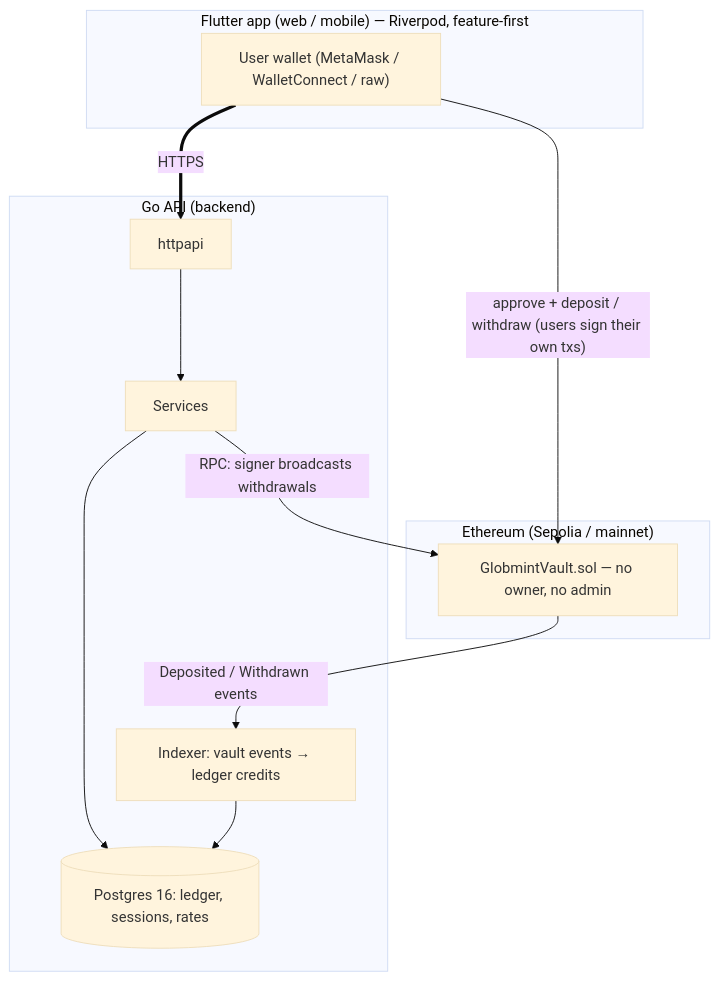
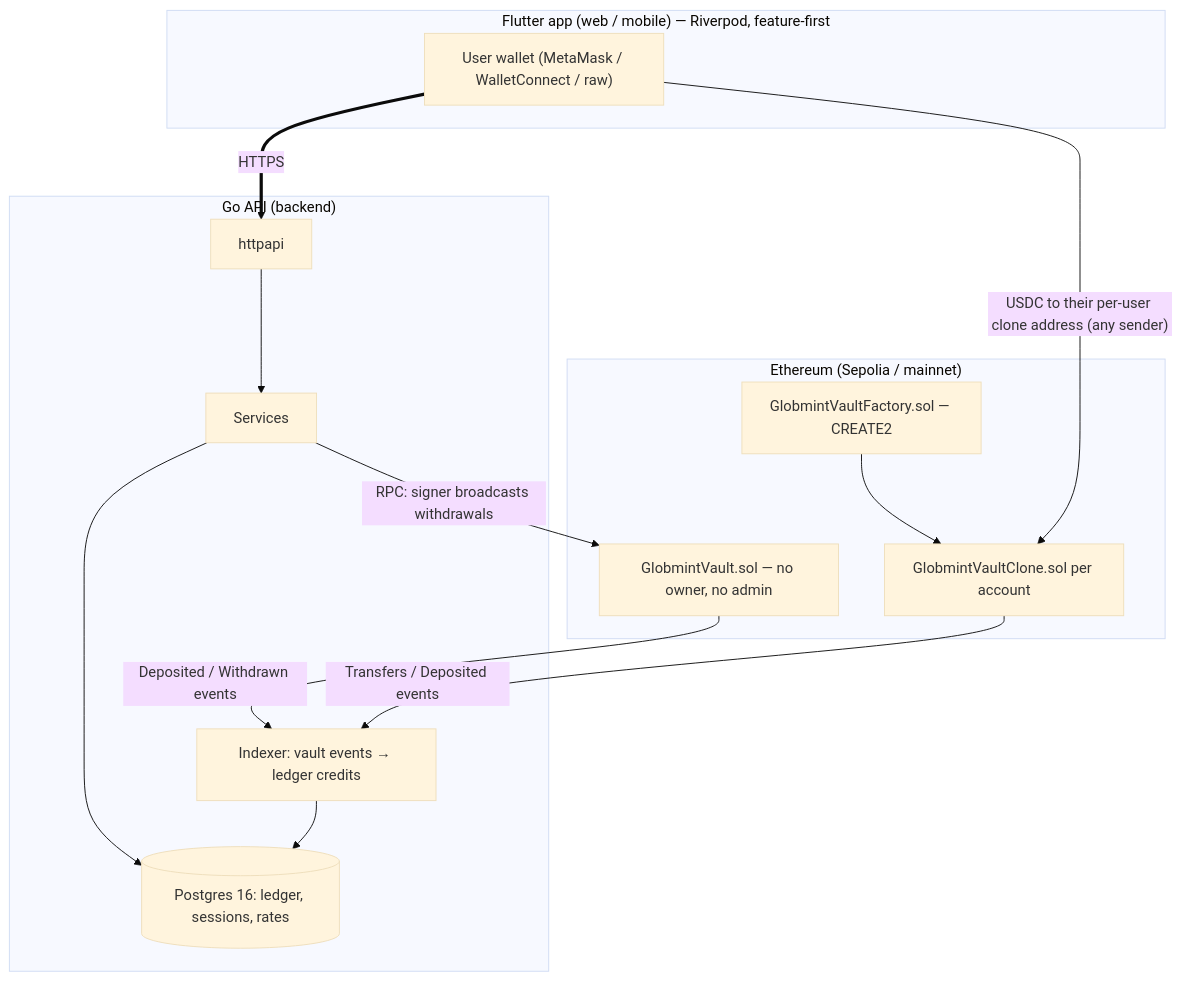
The first of 10 diagrams in README.md (divineshedrack33220/globmint), drawn with Mermaid (base theme) before and after one commit. The commit also changed other lines of this file and 21 other files, not shown here.

````diff
--- a/README.md
+++ b/README.md
@@ -12,17 +14,19 @@
 ```mermaid
 flowchart TB
     subgraph Client["Flutter app (web / mobile) — Riverpod, feature-first"]
         UI["User wallet (MetaMask / WalletConnect / raw)"]
     end
     subgraph Server["Go API (backend)"]
         API[httpapi] --> SVC[Services] --> DB[(Postgres 16: ledger, sessions, rates)]
         IDX["Indexer: vault events → ledger credits"] --> DB
     end
     subgraph Chain["Ethereum (Sepolia / mainnet)"]
+        FACTORY["GlobmintVaultFactory.sol — CREATE2"] --> CLONE["GlobmintVaultClone.sol per account"]
         VAULT["GlobmintVault.sol — no owner, no admin"]
     end
     UI == HTTPS ==> API
-    UI -->|"approve + deposit / withdraw (users sign their own txs)"| VAULT
+    UI -->|"USDC to their per-user clone address (any sender)"| CLONE
     SVC -->|"RPC: signer broadcasts withdrawals"| VAULT
-    VAULT -->|Deposited / Withdrawn events| IDX
+    CLONE -->|"Transfers / Deposited events"| IDX
+    VAULT -->|"Deposited / Withdrawn events"| IDX
 ```
````
